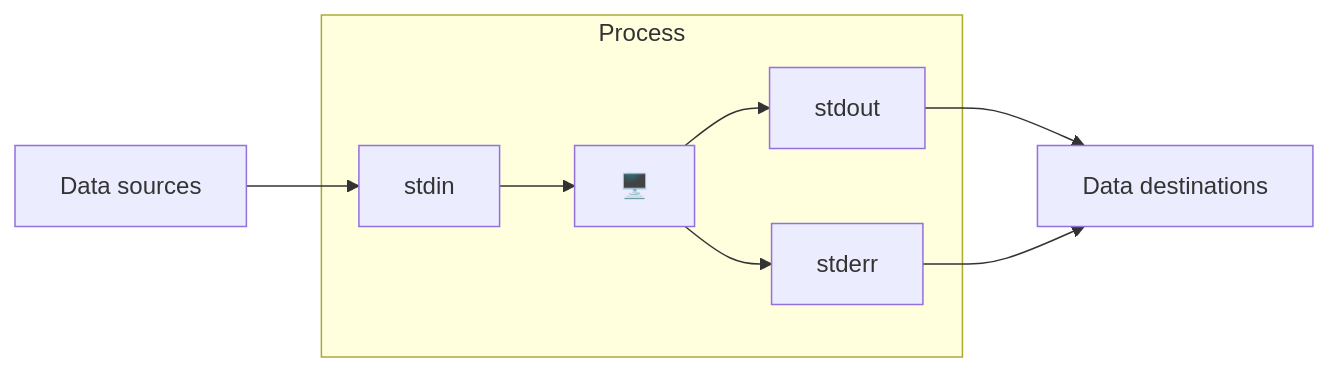
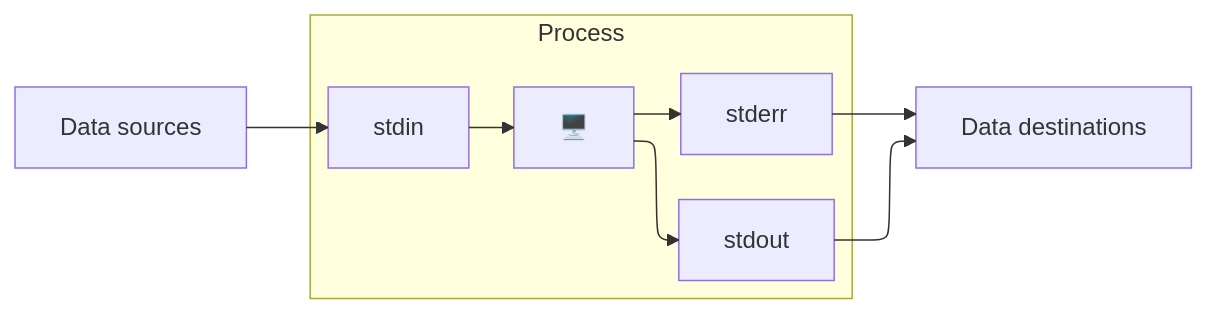
The first of 2 diagrams in src/content/docs/guides/linux.mdx (apcamargo/starlight-test), drawn with Mermaid before and after one commit. The commit also changed other lines of this file, not shown here.

````diff
--- a/src/content/docs/guides/linux.mdx
+++ b/src/content/docs/guides/linux.mdx
@@ -29,16 +29,20 @@
 ```mermaid
+---
+config:
+  layout: elk
+---
 graph LR
     INPUT["Data sources"]
     
     subgraph PROGRAM["Process"]
         STDIN["stdin"] --> PROC["🖥️"] 
         PROC --> STDOUT["stdout"]
         PROC --> STDERR["stderr"]
     end
     
     OUTPUT["Data destinations"]
     
     INPUT --> STDIN
     STDOUT --> OUTPUT
     STDERR --> OUTPUT
 ```
````
